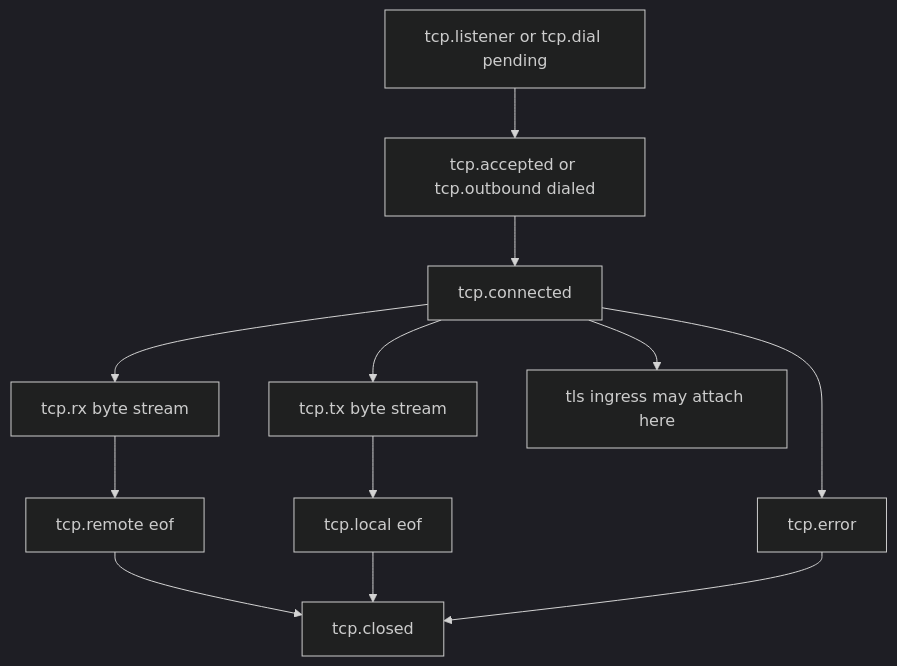
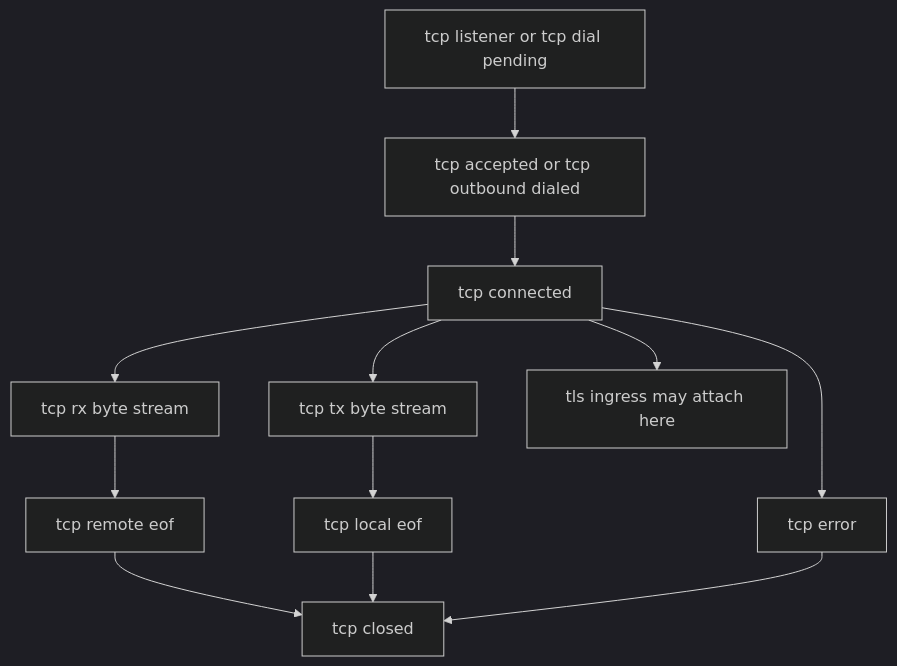
Before and after one commit to rustscript-lang/rustscript: the first of 5 diagrams in pd-edge/README.md, drawn with Mermaid (dark theme). The commit also changed other lines of this file and 2 other files, not shown here.

````diff
--- a/pd-edge/README.md
+++ b/pd-edge/README.md
@@ -390,14 +391,14 @@
 ```mermaid
 flowchart TD
-    A[tcp.listener or tcp.dial pending] --> B[tcp.accepted or tcp.outbound dialed]
-    B --> C[tcp.connected]
-    C --> D[tcp.rx byte stream]
-    C --> E[tcp.tx byte stream]
-    D --> F[tcp.remote eof]
-    E --> G[tcp.local eof]
-    C --> H[tcp.error]
-    C --> I[tls ingress may attach here]
-    F --> J[tcp.closed]
+    A["tcp listener or tcp dial pending"] --> B["tcp accepted or tcp outbound dialed"]
+    B --> C["tcp connected"]
+    C --> D["tcp rx byte stream"]
+    C --> E["tcp tx byte stream"]
+    D --> F["tcp remote eof"]
+    E --> G["tcp local eof"]
+    C --> H["tcp error"]
+    C --> I["tls ingress may attach here"]
+    F --> J["tcp closed"]
     G --> J
     H --> J
 ```
````
